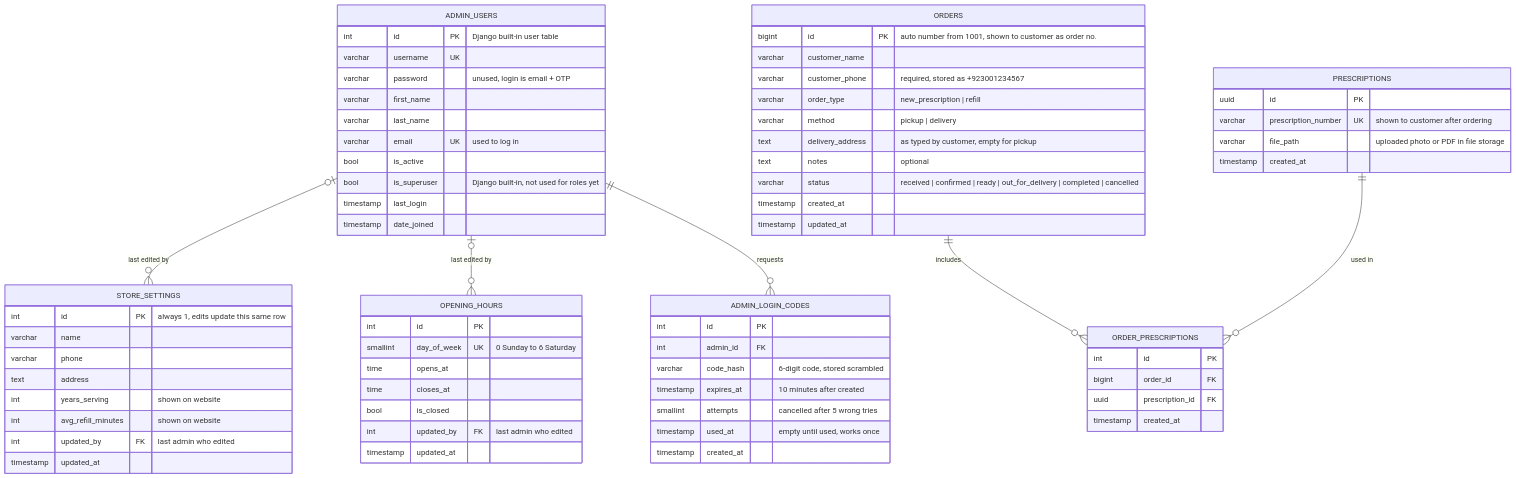
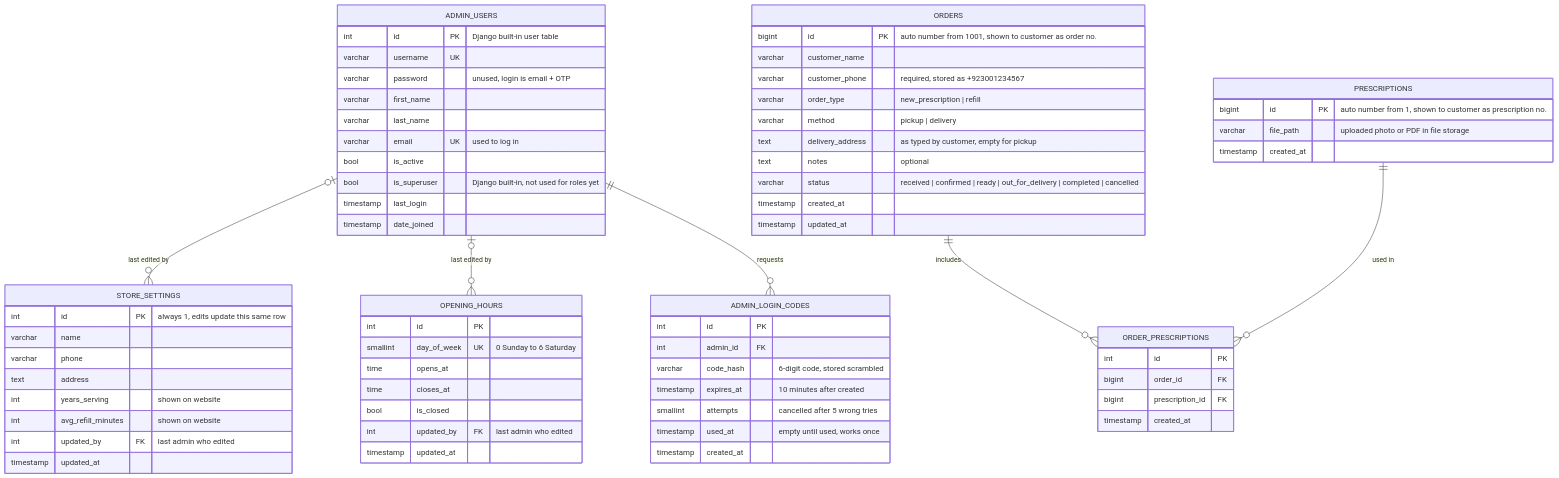
The diagram in docs/schema.mmd (engineersameer/Pharmacy-website), drawn with Mermaid before and after one commit. The commit also changed 16 other files, not shown here.

```diff
--- a/docs/schema.mmd
+++ b/docs/schema.mmd
@@ -1,85 +1,84 @@
 %% CarePoint Pharmacy — database schema (simple version, for review)
 %% Django DRF + PostgreSQL.
 %% Relationship legend:  ||--o{  one to many   |o--o{  optional one to many
 
 erDiagram
     ADMIN_USERS {
         int id PK "Django built-in user table"
         varchar username UK
         varchar password "unused, login is email + OTP"
         varchar first_name
         varchar last_name
         varchar email UK "used to log in"
         bool is_active
         bool is_superuser "Django built-in, not used for roles yet"
         timestamp last_login
         timestamp date_joined
     }
 
     ORDERS {
         bigint id PK "auto number from 1001, shown to customer as order no."
         varchar customer_name
         varchar customer_phone "required, stored as +923001234567"
         varchar order_type "new_prescription | refill"
         varchar method "pickup | delivery"
         text delivery_address "as typed by customer, empty for pickup"
         text notes "optional"
         varchar status "received | confirmed | ready | out_for_delivery | completed | cancelled"
         timestamp created_at
         timestamp updated_at
     }
 
     PRESCRIPTIONS {
-        uuid id PK
-        varchar prescription_number UK "shown to customer after ordering"
+        bigint id PK "auto number from 1, shown to customer as prescription no."
         varchar file_path "uploaded photo or PDF in file storage"
         timestamp created_at
     }
 
     ORDER_PRESCRIPTIONS {
         int id PK
         bigint order_id FK
-        uuid prescription_id FK
+        bigint prescription_id FK
         timestamp created_at
     }
 
     STORE_SETTINGS {
         int id PK "always 1, edits update this same row"
         varchar name
         varchar phone
         text address
         int years_serving "shown on website"
         int avg_refill_minutes "shown on website"
         int updated_by FK "last admin who edited"
         timestamp updated_at
     }
 
     OPENING_HOURS {
         int id PK
         smallint day_of_week UK "0 Sunday to 6 Saturday"
         time opens_at
         time closes_at
         bool is_closed
         int updated_by FK "last admin who edited"
         timestamp updated_at
     }
 
     ADMIN_LOGIN_CODES {
         int id PK
         int admin_id FK
         varchar code_hash "6-digit code, stored scrambled"
         timestamp expires_at "10 minutes after created"
         smallint attempts "cancelled after 5 wrong tries"
         timestamp used_at "empty until used, works once"
         timestamp created_at
     }
 
     ORDERS ||--o{ ORDER_PRESCRIPTIONS : "includes"
     PRESCRIPTIONS ||--o{ ORDER_PRESCRIPTIONS : "used in"
     ADMIN_USERS |o--o{ STORE_SETTINGS : "last edited by"
     ADMIN_USERS |o--o{ OPENING_HOURS : "last edited by"
     ADMIN_USERS ||--o{ ADMIN_LOGIN_CODES : "requests"
 
 %% Login: admin enters email, gets a code (terminal in development, email in production),
 %% then stays logged in with JWT: 15-minute access token + 14-day refresh token in a secure cookie.
 %% JWT logout blacklist tables are created automatically by djangorestframework-simplejwt.
```
